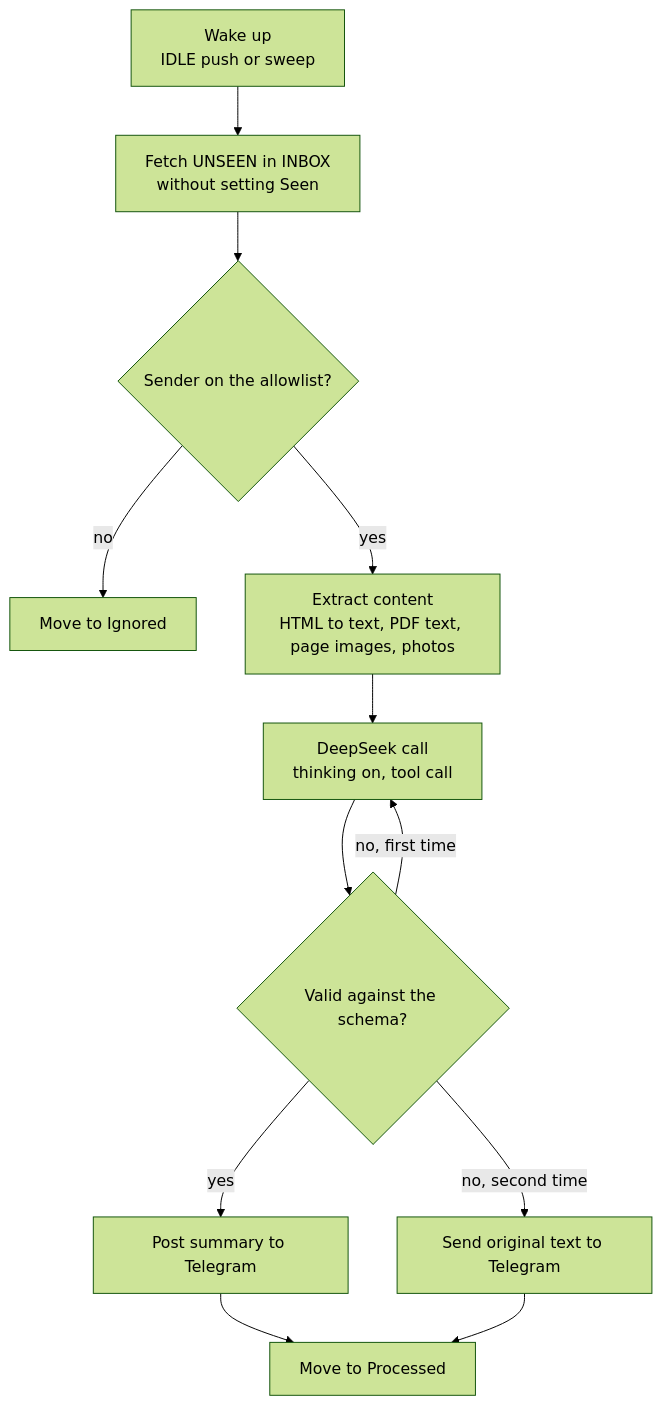
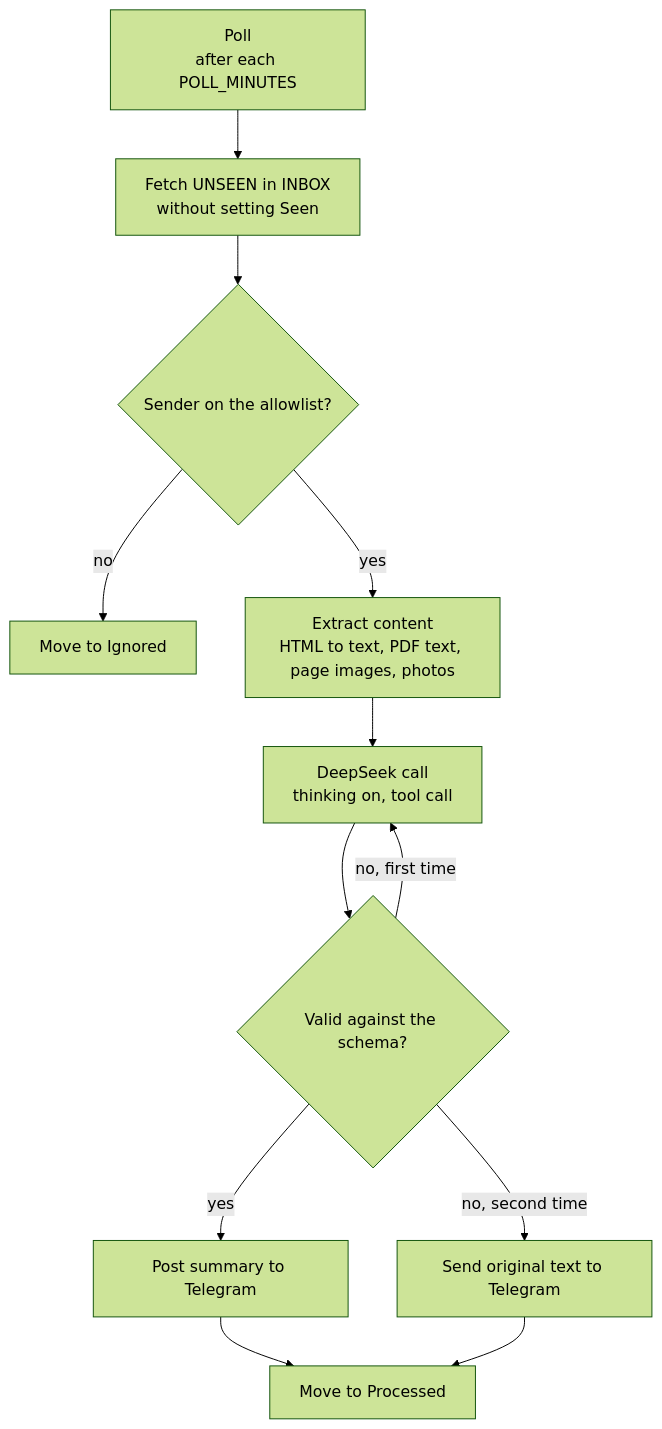
Before and after one commit to DeV1L/kindergarten-email-checker: the second of 3 diagrams in docs/ARCHITECTURE.md, drawn with Mermaid (forest theme). The commit also changed other lines of this file and 9 other files, not shown here.

````diff
--- a/docs/ARCHITECTURE.md
+++ b/docs/ARCHITECTURE.md
@@ -66,14 +65,14 @@
 ```mermaid
 flowchart TD
-    A["Wake up<br/>IDLE push or sweep"] --> B["Fetch UNSEEN in INBOX<br/>without setting Seen"]
+    A["Poll<br/>after each POLL_MINUTES"] --> B["Fetch UNSEEN in INBOX<br/>without setting Seen"]
     B --> C{Sender on the allowlist?}
     C -->|no| I[Move to Ignored]
     C -->|yes| E["Extract content<br/>HTML to text, PDF text, page images, photos"]
     E --> S["DeepSeek call<br/>thinking on, tool call"]
     S --> V{Valid against the schema?}
     V -->|no, first time| S
     V -->|no, second time| F[Send original text to Telegram]
     V -->|yes| T[Post summary to Telegram]
     T --> M[Move to Processed]
     F --> M
 ```
````
